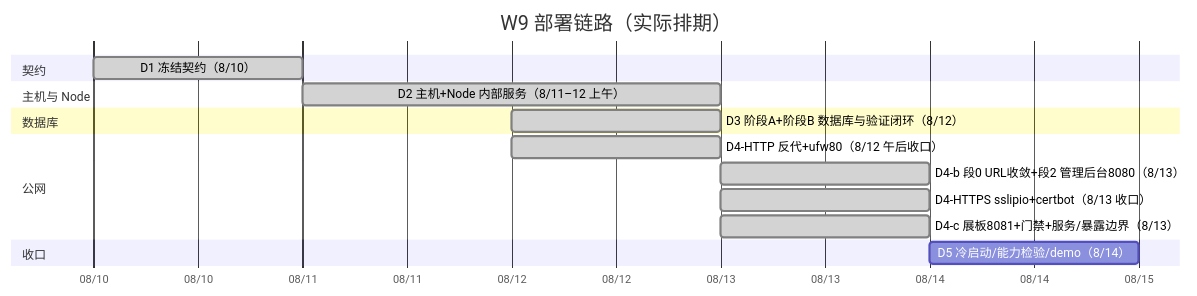
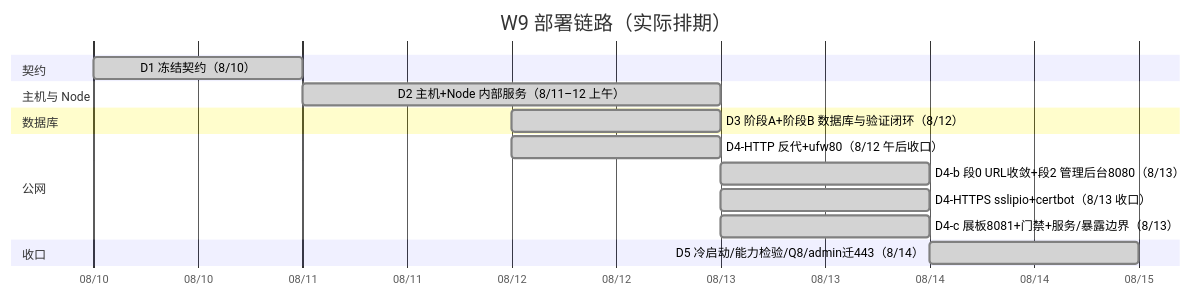
One commit to NiceFreak/nodejs-skillup changed the second of 9 diagrams in week9-deployment/notes/week9-roadmap-d1-d4.md. Above: the diagram before and after it, drawn with Mermaid. The commit also changed other lines of this file and 9 other files, not shown here.

First line of the commit message:
断言脚本入库 + ⑪ 发布变更单板 + 浓缩地图补 D5

````diff
--- a/week9-deployment/notes/week9-roadmap-d1-d4.md
+++ b/week9-deployment/notes/week9-roadmap-d1-d4.md
@@ -49,20 +65,20 @@
 ```mermaid
 gantt
     title W9 部署链路（实际排期）
     dateFormat  YYYY-MM-DD
     axisFormat  %m/%d
 
     section 契约
     D1 冻结契约（8/10）          :done, d1, 2026-08-10, 1d
     section 主机与 Node
     D2 主机+Node 内部服务（8/11–12 上午） :done, d2, 2026-08-11, 2d
     section 数据库
     D3 阶段A+阶段B 数据库与验证闭环（8/12） :done, d3, 2026-08-12, 1d
     section 公网
     D4-HTTP 反代+ufw80（8/12 午后收口） :done, d4h, 2026-08-12, 1d
     D4-b 段0 URL收敛+段2 管理后台8080（8/13） :done, d4b, 2026-08-13, 1d
     D4-HTTPS sslipio+certbot（8/13 收口） :done, d4s, 2026-08-13, 1d
     D4-c 展板8081+门禁+服务/暴露边界（8/13） :done, d4c, 2026-08-13, 1d
     section 收口
-    D5 冷启动/能力检验/demo（8/14）      :d5, after d4s, 1d
+    D5 冷启动/能力检验/Q8/admin迁443（8/14） :done, d5, 2026-08-14, 1d
 ```
````
